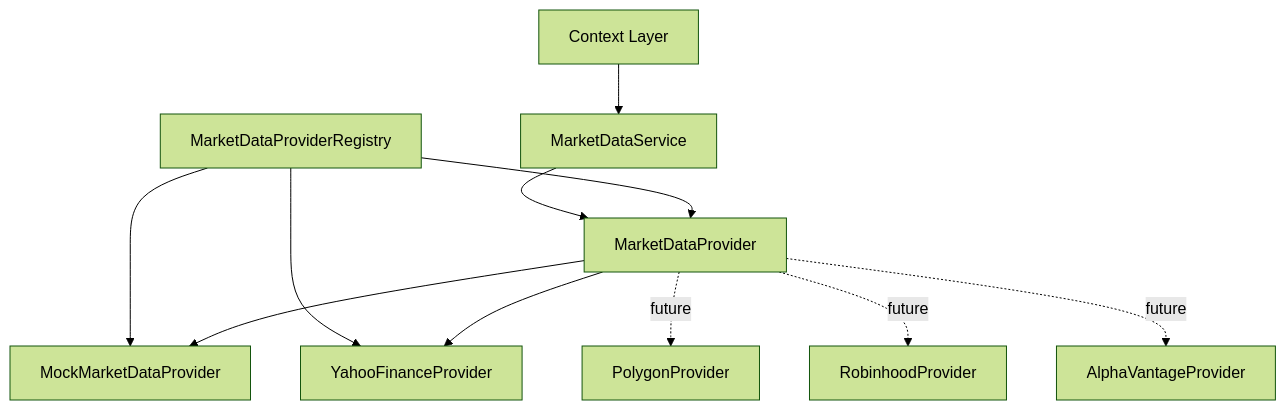
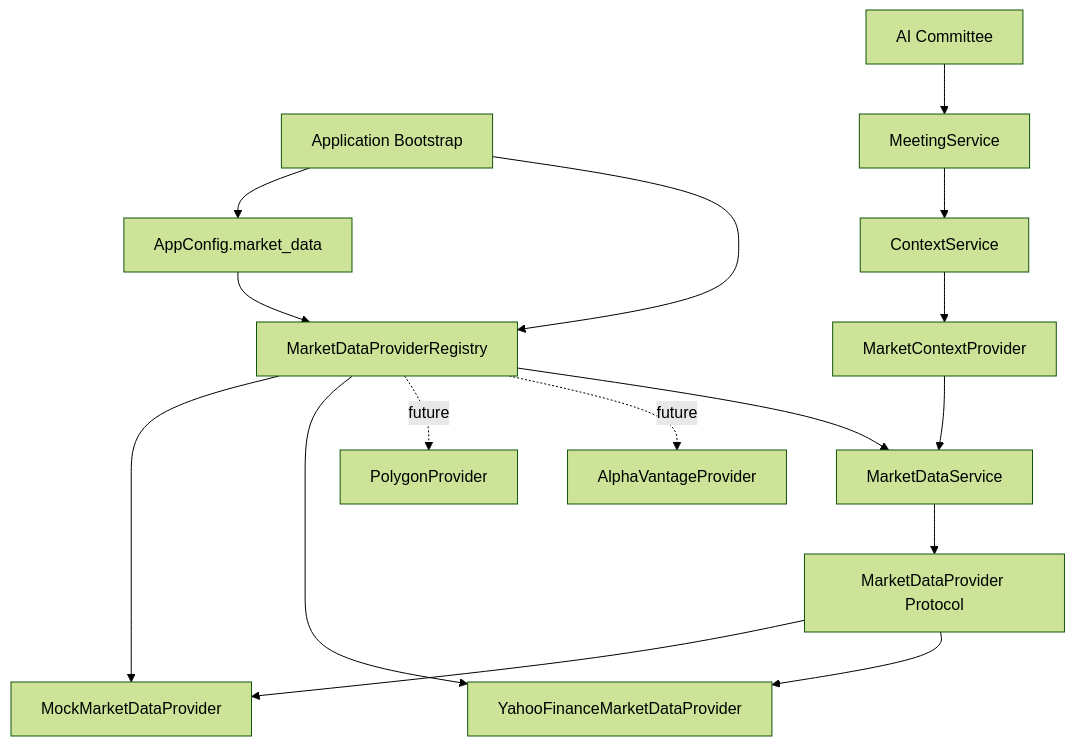
Before and after one commit to zhyj0121pp/ParakeetNest: the first of 2 diagrams in docs/architecture/market-data-layer.md, drawn with Mermaid (forest theme). The commit also changed other lines of this file and 4 other files, not shown here.

Commit message:
docs(market-data): finalize Yahoo provider architecture

````diff
--- a/docs/architecture/market-data-layer.md
+++ b/docs/architecture/market-data-layer.md
@@ -15,13 +15,18 @@
 ```mermaid
 flowchart TD
-    A[Context Layer] --> B[MarketDataService]
-    B --> C[MarketDataProvider]
-    I[MarketDataProviderRegistry] --> C
-    I --> D[MockMarketDataProvider]
-    I --> E[YahooFinanceProvider]
-    C --> D
-    C --> E
-    C -. future .-> F[PolygonProvider]
-    C -. future .-> G[RobinhoodProvider]
-    C -. future .-> H[AlphaVantageProvider]
+    APP[Application Bootstrap] --> CFG[AppConfig.market_data]
+    APP --> REG[MarketDataProviderRegistry]
+    CFG --> REG
+    REG --> MOCK[MockMarketDataProvider]
+    REG --> YAHOO[YahooFinanceMarketDataProvider]
+    REG -. future .-> POLY[PolygonProvider]
+    REG -. future .-> AV[AlphaVantageProvider]
+    REG --> SVC[MarketDataService]
+    SVC --> PROTO[MarketDataProvider Protocol]
+    PROTO --> MOCK
+    PROTO --> YAHOO
+    CTX[MarketContextProvider] --> SVC
+    CS[ContextService] --> CTX
+    MEET[MeetingService] --> CS
+    COMMITTEE[AI Committee] --> MEET
 ```
````
